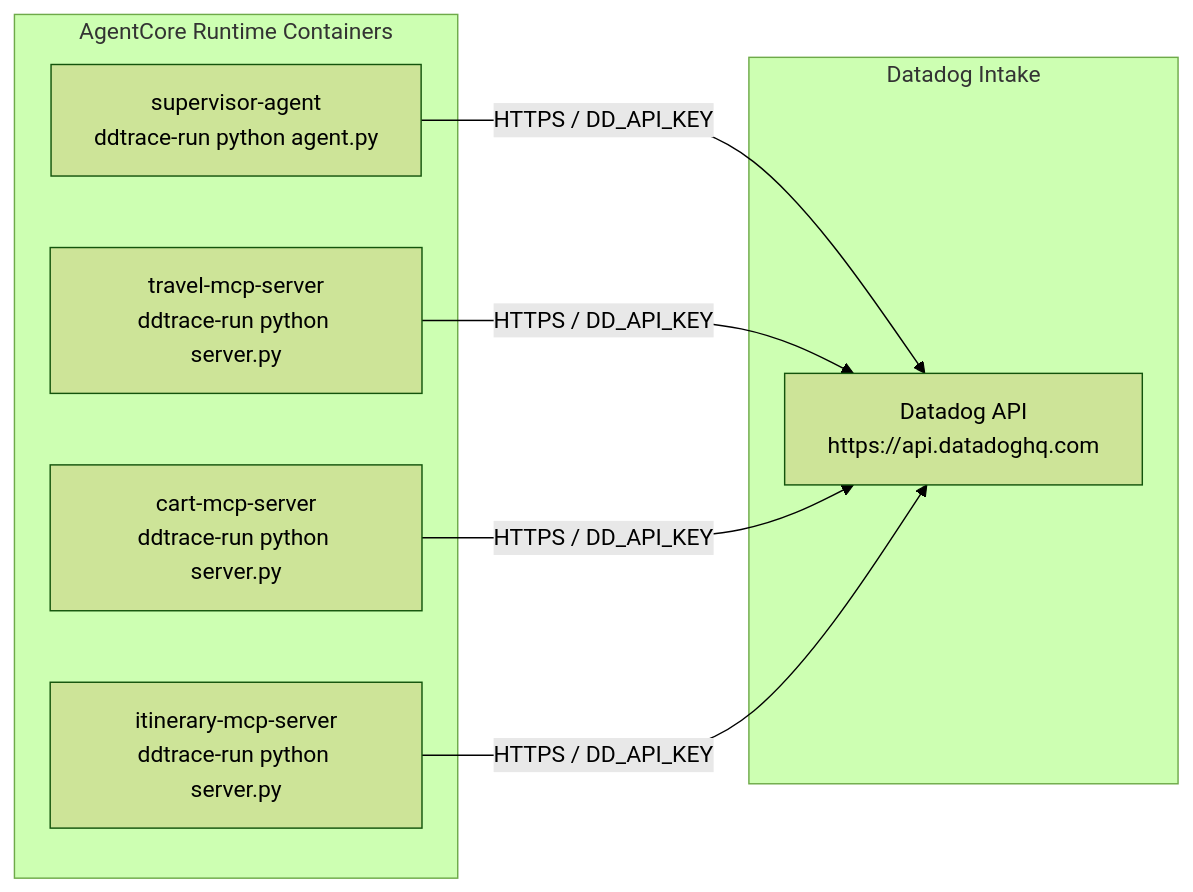
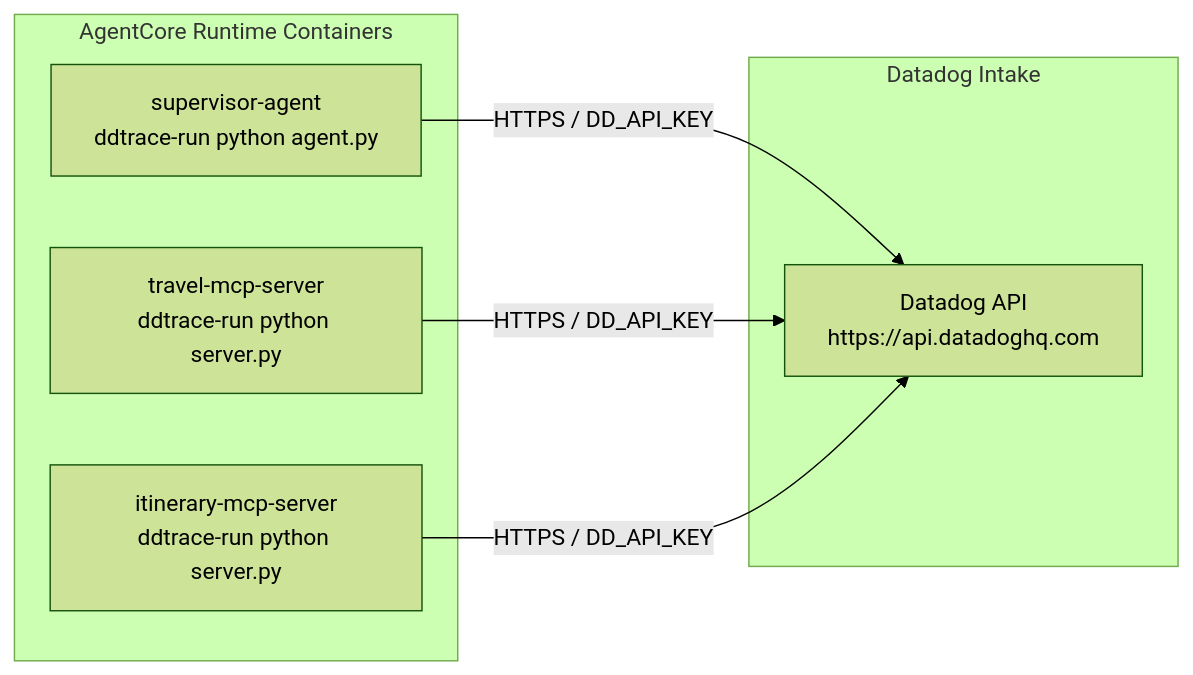
The third of 3 diagrams in datadog/samples/travel-concierge-agent-observability/docs/architecture.md (rubyWorker/aws-generativeai-partner-samples), drawn with Mermaid (forest theme) before and after one commit. The commit also changed other lines of this file and 97 other files, not shown here.

````diff
--- a/datadog/samples/travel-concierge-agent-observability/docs/architecture.md
+++ b/datadog/samples/travel-concierge-agent-observability/docs/architecture.md
@@ -151,18 +141,16 @@
 ```mermaid
 graph LR
     subgraph AgentCore Runtime Containers
         SA[supervisor-agent<br/>ddtrace-run python agent.py]
         T[travel-mcp-server<br/>ddtrace-run python server.py]
-        C[cart-mcp-server<br/>ddtrace-run python server.py]
         I[itinerary-mcp-server<br/>ddtrace-run python server.py]
     end
 
     subgraph Datadog Intake
         API[Datadog API<br/>https://api.datadoghq.com]
     end
 
     SA -->|HTTPS / DD_API_KEY| API
     T -->|HTTPS / DD_API_KEY| API
-    C -->|HTTPS / DD_API_KEY| API
     I -->|HTTPS / DD_API_KEY| API
 ```
````
